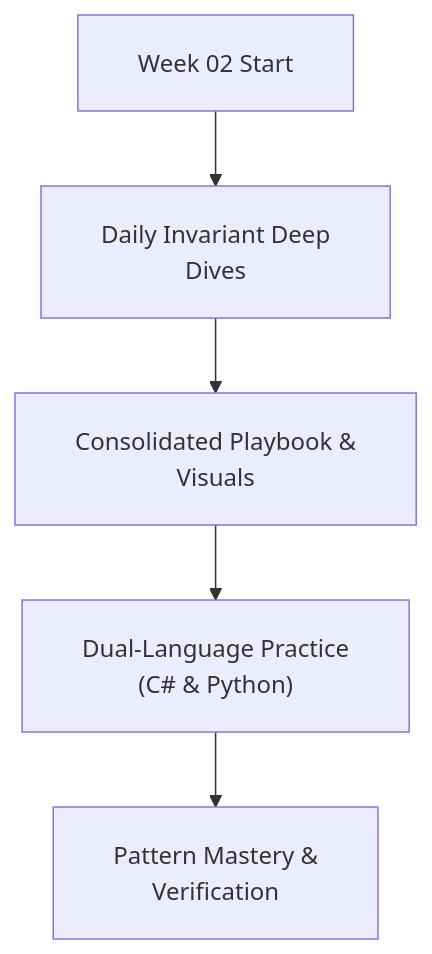
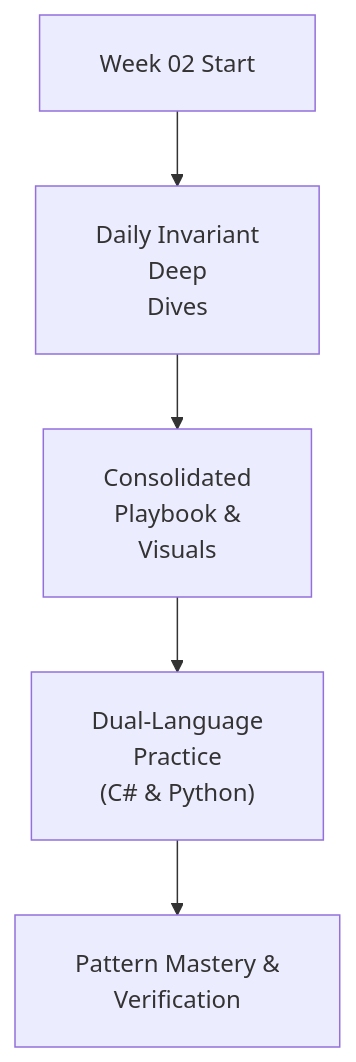
One commit to dip4k/DSA_102 changed the diagram in week_02_foundations_ii_linear_data_structures/README.md. Above: the diagram before and after it, drawn with Mermaid. The commit also changed 106 other files, not shown here.

First line of the commit message:
fix(mermaid): prevent text clipping with foreignObject overflow and tighter line wrapping

````diff
--- a/week_02_foundations_ii_linear_data_structures/README.md
+++ b/week_02_foundations_ii_linear_data_structures/README.md
@@ -16,8 +16,8 @@
 ```mermaid
-%%{init: {"flowchart": {"htmlLabels": true, "padding": 20}}}%%
+%%{init: {"flowchart": {"htmlLabels": true, "padding": 20}, "themeCSS": "foreignObject { overflow: visible !important; }"}}%%
 flowchart TD
-    Start["Week 02 Start"] --> Daily["Daily Invariant Deep<br/>Dives"]
-    Daily --> Playbook["Consolidated Playbook &<br/>Visuals"]
-    Playbook --> DualLang["Dual-Language Practice<br/>(C# & Python)"]
+    Start["Week 02 Start"] --> Daily["Daily Invariant<br/>Deep<br/>Dives"]
+    Daily --> Playbook["Consolidated<br/>Playbook &<br/>Visuals"]
+    Playbook --> DualLang["Dual-Language<br/>Practice<br/>(C# & Python)"]
     DualLang --> Mastery["Pattern Mastery &<br/>Verification"]
 ```
````
